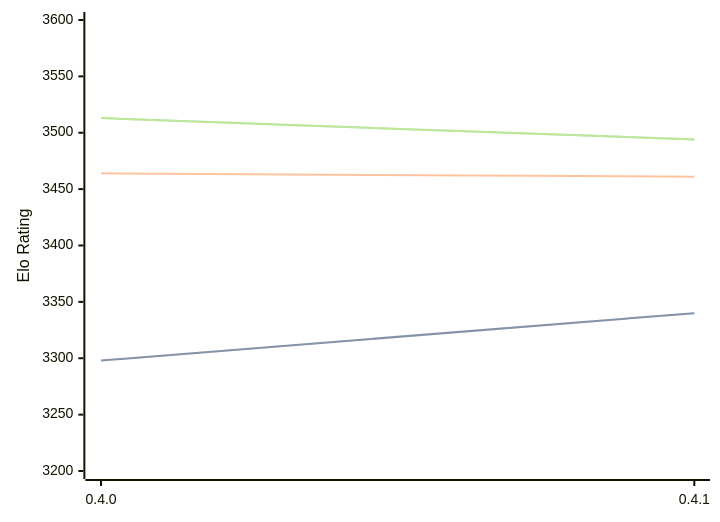
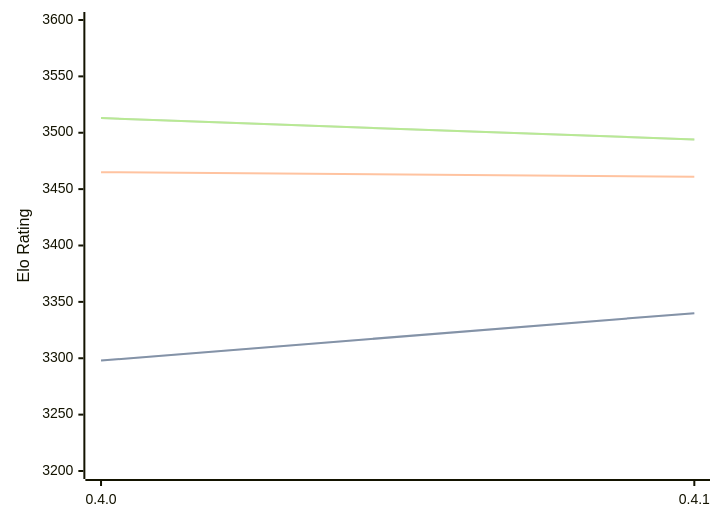
Before and after one commit to computer-chess-index/cci: the diagram in engines/Cinder.md, drawn with Mermaid. The commit also changed other lines of this file, not shown here.

````diff
--- a/engines/Cinder.md
+++ b/engines/Cinder.md
@@ -40,11 +40,11 @@
 ```mermaid
 %%{init: {"theme":"base","themeVariables":{"seriesColors:['#a3a3a3','#222221','#faa371']}}}%%
 xychart-beta
   x-axis ["0.4.0", "0.4.1"]
   y-axis "Elo Rating" 3200 --> 3600
   line "STC (8.0+0.08s)" [3298, 3340]
   line "STC (8.0+0.08s)" [3298, 3340]
-  line "LTC (60.0+0.60s)" [3464, 3461]
+  line "LTC (60.0+0.60s)" [3465, 3461]
   line "VLTC (2m24s+1.12s)" [3513, 3494]
   line "VLTC (2m24s+1.12s)" [3513, 3494]
 ```
````
